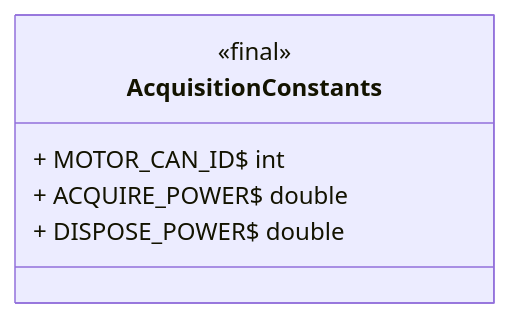
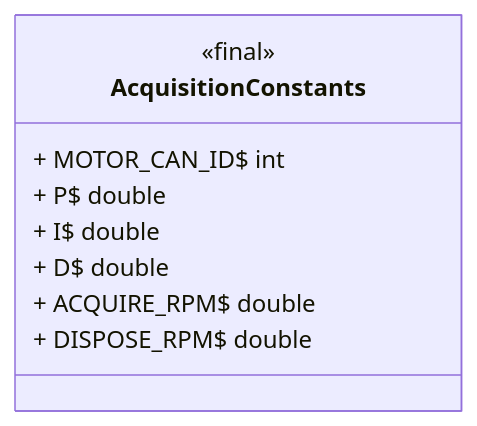
Before and after one commit to LakotaRobotics1038/2026RobotProject: the diagram in src/uml/frc/robot/constants/AcquisitionConstants.mmd, drawn with Mermaid. The commit also changed 7 other files, not shown here.

```diff
--- a/src/uml/frc/robot/constants/AcquisitionConstants.mmd
+++ b/src/uml/frc/robot/constants/AcquisitionConstants.mmd
@@ -1,9 +1,12 @@
 classDiagram
   direction LR
 
   class AcquisitionConstants {
     <<final>>
     + MOTOR_CAN_ID$ int
-    + ACQUIRE_POWER$ double
-    + DISPOSE_POWER$ double
+    + P$ double
+    + I$ double
+    + D$ double
+    + ACQUIRE_RPM$ double
+    + DISPOSE_RPM$ double
   }
```
